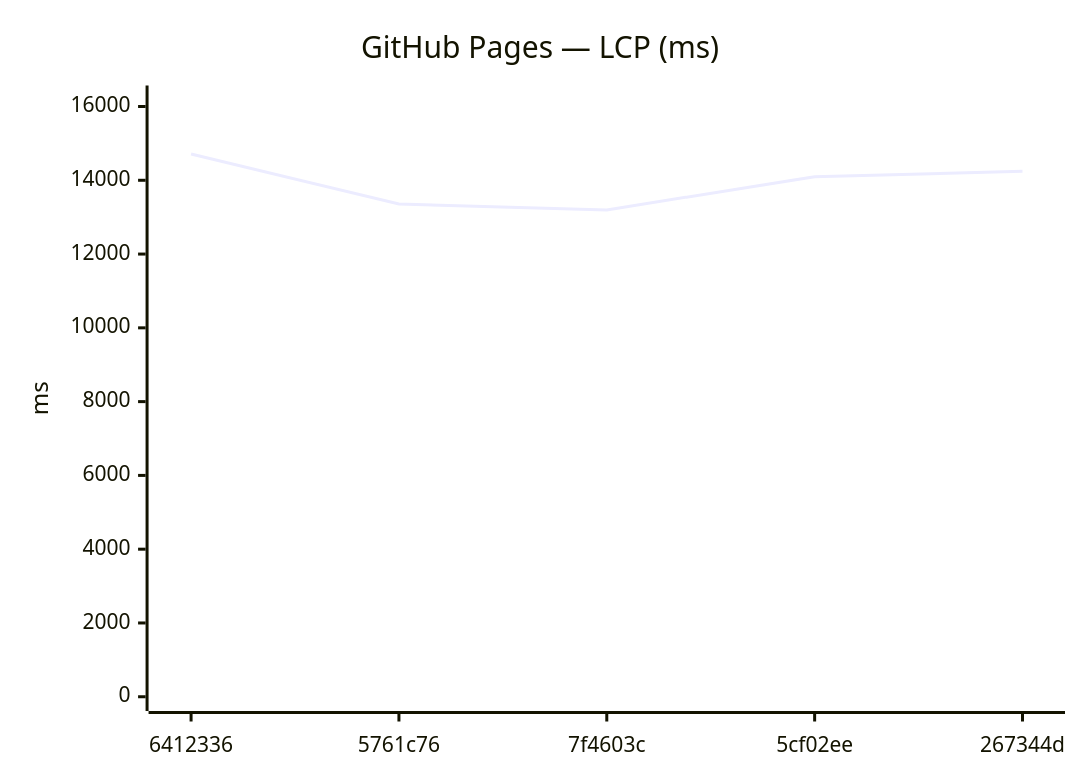
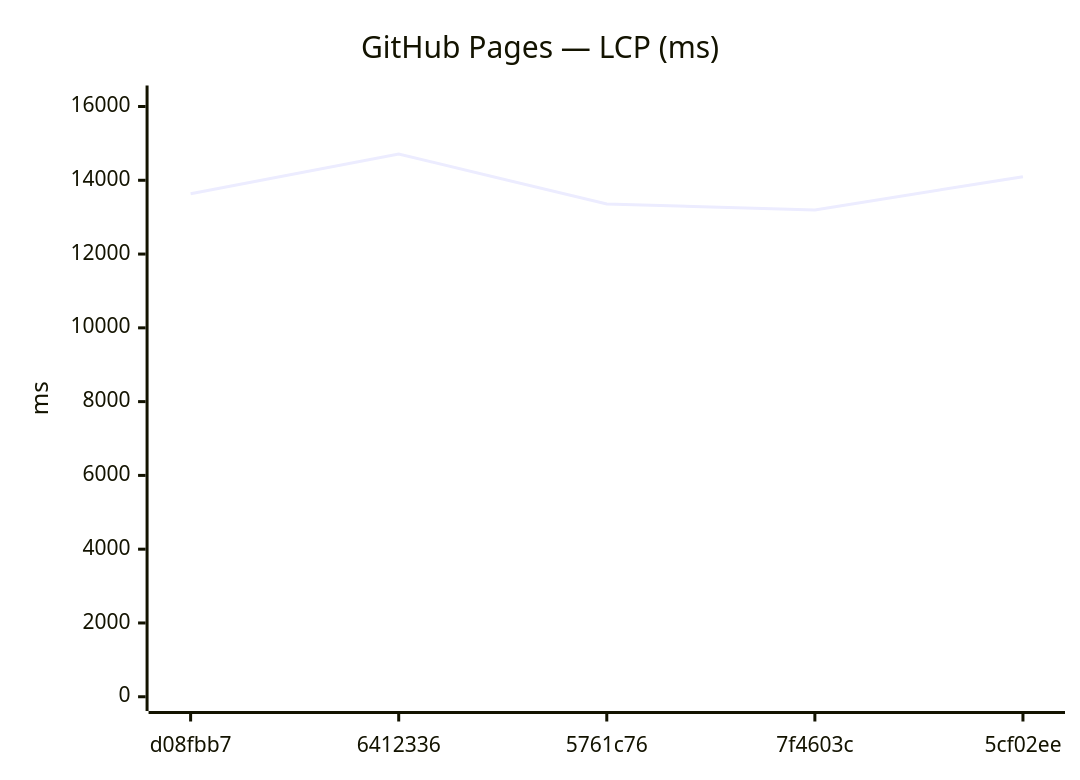
One commit to Metaheurist/Rianell changed the ninth of 18 diagrams in benchmarks/compare.md. Above: the diagram before and after it, drawn with Mermaid. The commit also changed other lines of this file and 11 other files, not shown here.

````diff
--- a/benchmarks/compare.md
+++ b/benchmarks/compare.md
@@ -142,7 +142,7 @@
 ```mermaid
 xychart-beta
     title "GitHub Pages — LCP (ms)"
-    x-axis ["6412336", "5761c76", "7f4603c", "5cf02ee", "267344d"]
+    x-axis ["d08fbb7", "6412336", "5761c76", "7f4603c", "5cf02ee"]
     y-axis "ms" 0 --> 16183
-    line [14711, 13355, 13197, 14098, 14242]
+    line [13636, 14711, 13355, 13197, 14098]
 ```
````
